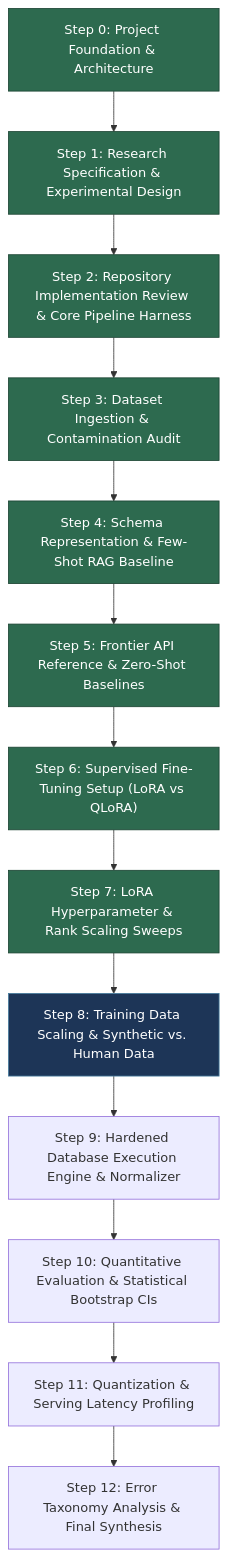
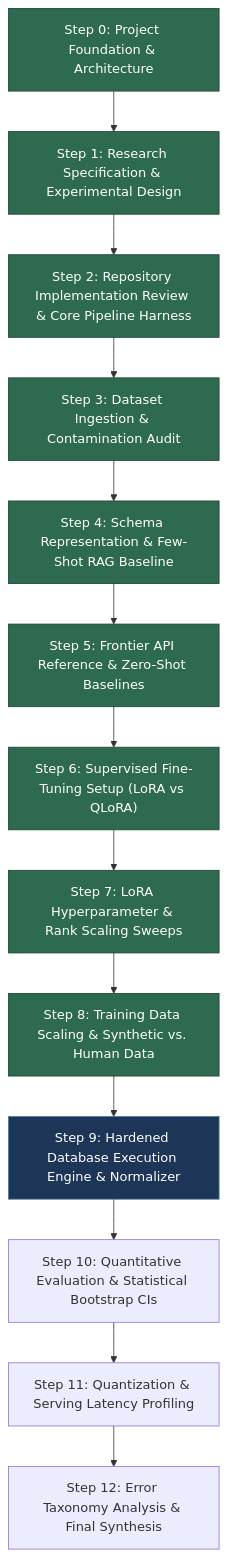
One commit to mayanksingh2745/SQLForge-a-controlled-study-of-what-fine-tuning-buys-on-text-to-SQL changed the diagram in docs/research/step_dependencies.md. Above: the diagram before and after it, drawn with Mermaid. The commit also changed other lines of this file and 18 other files, not shown here.

````diff
--- a/docs/research/step_dependencies.md
+++ b/docs/research/step_dependencies.md
@@ -11,25 +11,26 @@
 ```mermaid
 graph TD
     S0["Step 0: Project Foundation & Architecture"] --> S1["Step 1: Research Specification & Experimental Design"]
     S1 --> S2["Step 2: Repository Implementation Review & Core Pipeline Harness"]
     S2 --> S3["Step 3: Dataset Ingestion & Contamination Audit"]
     S3 --> S4["Step 4: Schema Representation & Few-Shot RAG Baseline"]
     S4 --> S5["Step 5: Frontier API Reference & Zero-Shot Baselines"]
     S5 --> S6["Step 6: Supervised Fine-Tuning Setup (LoRA vs QLoRA)"]
     S6 --> S7["Step 7: LoRA Hyperparameter & Rank Scaling Sweeps"]
     S7 --> S8["Step 8: Training Data Scaling & Synthetic vs. Human Data"]
     S8 --> S9["Step 9: Hardened Database Execution Engine & Normalizer"]
     S9 --> S10["Step 10: Quantitative Evaluation & Statistical Bootstrap CIs"]
     S10 --> S11["Step 11: Quantization & Serving Latency Profiling"]
     S11 --> S12["Step 12: Error Taxonomy Analysis & Final Synthesis"]
 
     style S0 fill:#2d6a4f,stroke:#1b4332,color:#ffffff
     style S1 fill:#2d6a4f,stroke:#1b4332,color:#ffffff
     style S2 fill:#2d6a4f,stroke:#1b4332,color:#ffffff
     style S3 fill:#2d6a4f,stroke:#1b4332,color:#ffffff
     style S4 fill:#2d6a4f,stroke:#1b4332,color:#ffffff
     style S5 fill:#2d6a4f,stroke:#1b4332,color:#ffffff
     style S6 fill:#2d6a4f,stroke:#1b4332,color:#ffffff
     style S7 fill:#2d6a4f,stroke:#1b4332,color:#ffffff
-    style S8 fill:#1d3557,stroke:#457b9d,color:#ffffff
+    style S8 fill:#2d6a4f,stroke:#1b4332,color:#ffffff
+    style S9 fill:#1d3557,stroke:#457b9d,color:#ffffff
 ```
````
